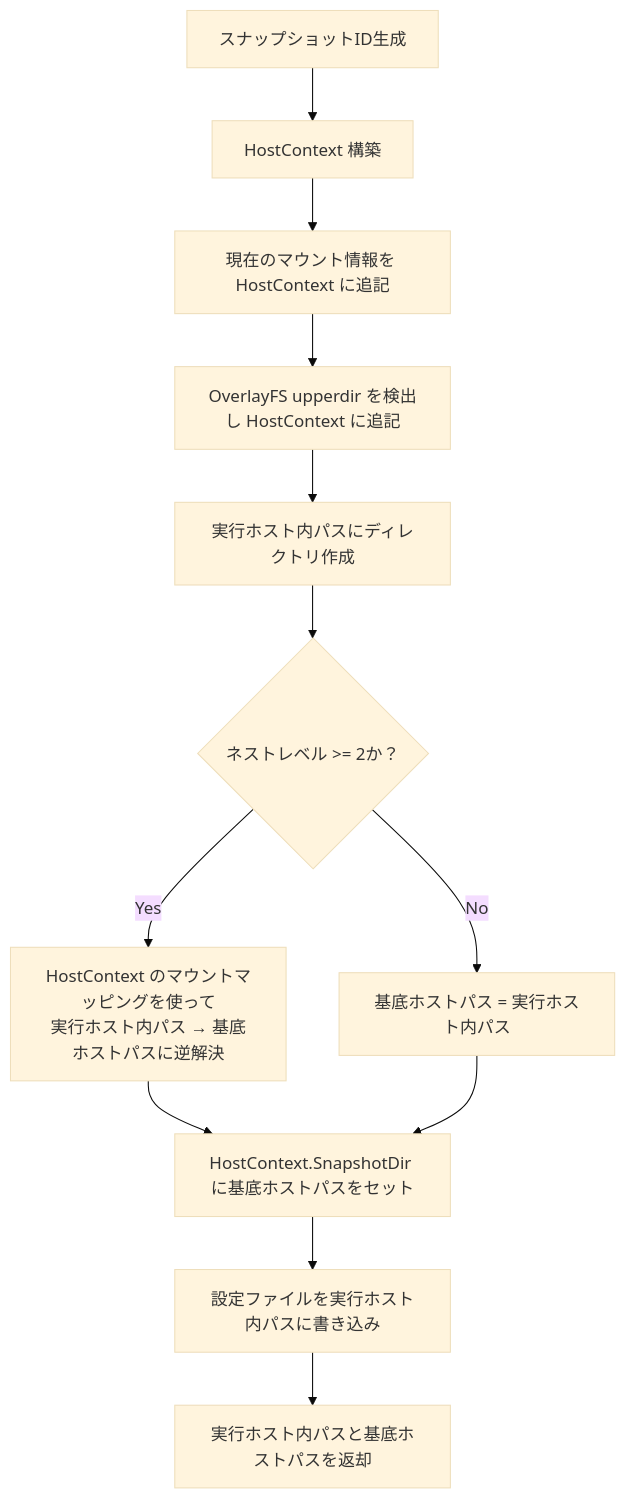
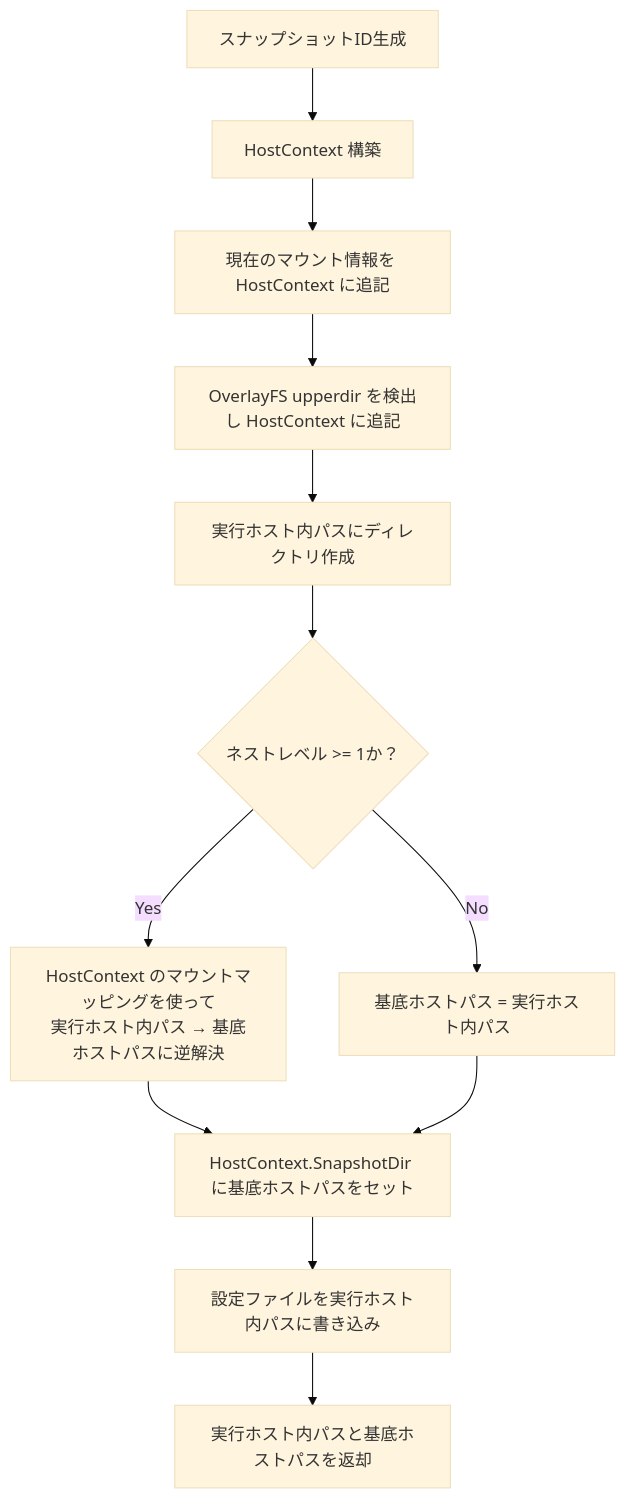
The diagram in docs/features/nested-execution.md (Tei1988/cderun), drawn with Mermaid (base theme) before and after one commit. The commit also changed other lines of this file and 5 other files, not shown here.

````diff
--- a/docs/features/nested-execution.md
+++ b/docs/features/nested-execution.md
@@ -41,14 +41,14 @@
 ```mermaid
 flowchart TD
     A[スナップショットID生成] --> B[HostContext 構築]
     B --> C[現在のマウント情報を HostContext に追記]
     C --> D[OverlayFS upperdir を検出し HostContext に追記]
     D --> E[実行ホスト内パスにディレクトリ作成]
-    E --> F{ネストレベル >= 2か？}
+    E --> F{ネストレベル >= 1か？}
     F -- Yes --> G[HostContext のマウントマッピングを使って\n実行ホスト内パス → 基底ホストパスに逆解決]
     F -- No --> H[基底ホストパス = 実行ホスト内パス]
     G --> I[HostContext.SnapshotDir に基底ホストパスをセット]
     H --> I
     I --> J[設定ファイルを実行ホスト内パスに書き込み]
     J --> K[実行ホスト内パスと基底ホストパスを返却]
 ```
````
